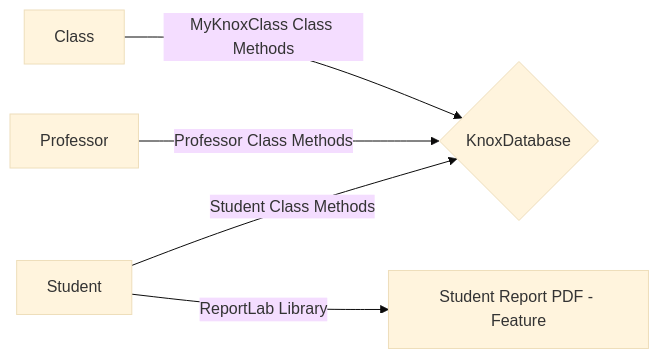
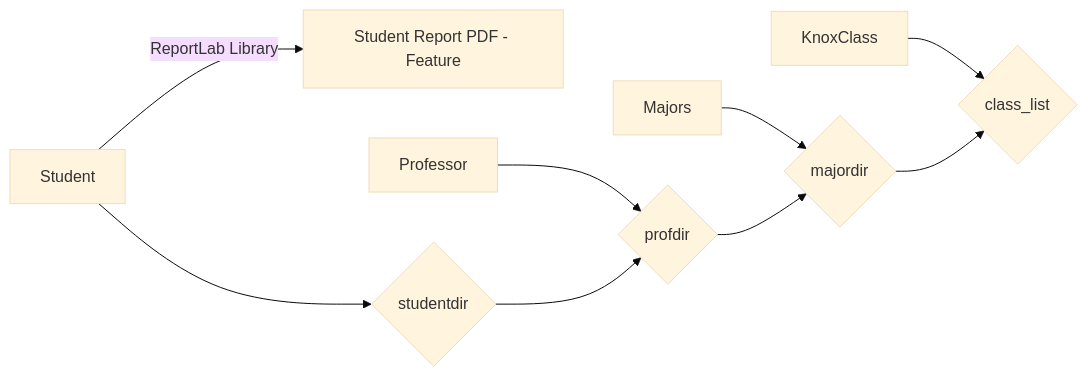
One commit to s11ngh/MyKnoxModel changed the diagram in README.md. Above: the diagram before and after it, drawn with Mermaid (base theme). The commit also changed other lines of this file and 1 other file, not shown here.

````diff
--- a/README.md
+++ b/README.md
@@ -40,9 +76,15 @@
 ```mermaid
 graph LR
 A[Student] 
 
-A -- Student Class Methods --> D{KnoxDatabase}
+
 A -- ReportLab Library--> PDF[Student Report PDF - Feature]
-Professor -- Professor Class Methods --> D
-Class -- MyKnoxClass Class Methods --> D
+A --> D{studentdir}
+Professor  --> F{profdir}
+Majors -->E{majordir}
+KnoxClass --> G{class_list}
+D --> F
+F--> E
+E --> G
+
 ```
````
